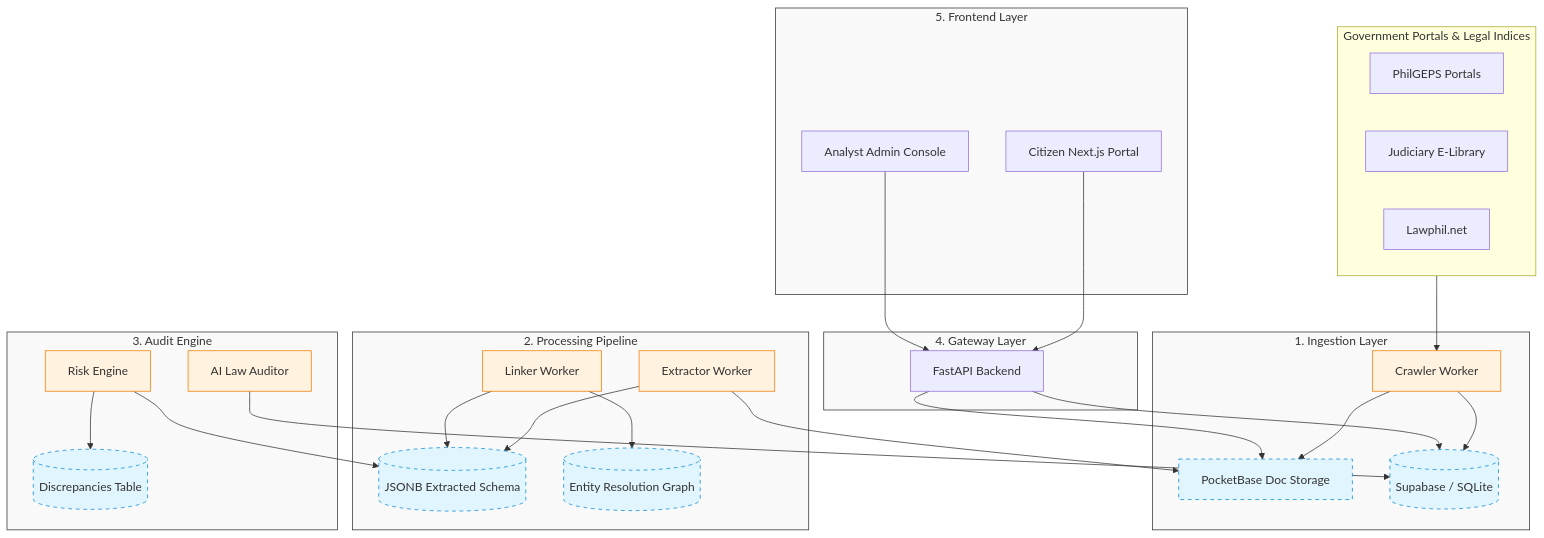
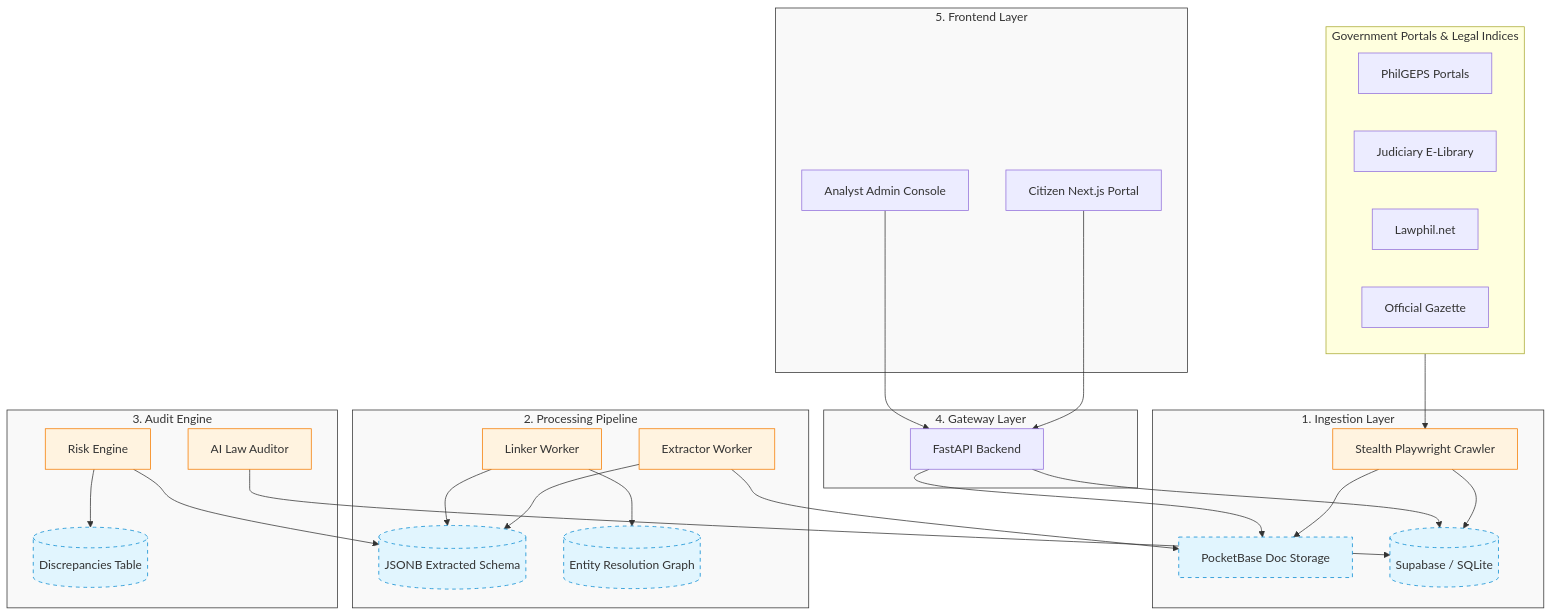
One commit to santimacorp-droid/veritas-ph changed the diagram in README.md. Above: the diagram before and after it, drawn with Mermaid. The commit also changed other lines of this file, not shown here.

````diff
--- a/README.md
+++ b/README.md
@@ -40,43 +43,44 @@
 ```mermaid
 graph TD
     classDef layer fill:#f9f9f9,stroke:#333,stroke-width:1px;
     classDef db fill:#e1f5fe,stroke:#0288d1,stroke-width:1px,stroke-dasharray: 5 5;
     classDef worker fill:#fff3e0,stroke:#f57c00,stroke-width:1px;
 
     subgraph Sources [Government Portals & Legal Indices]
         PhilGEPS[PhilGEPS Portals]
         ELib[Judiciary E-Library]
         Lawphil[Lawphil.net]
+        OfficialGazette[Official Gazette]
     end
 
     subgraph Ingestion [1. Ingestion Layer]
-        Crawler[Crawler Worker]:::worker --> Docs[PocketBase Doc Storage]:::db
+        Crawler[Stealth Playwright Crawler]:::worker --> Docs[PocketBase Doc Storage]:::db
         Crawler --> MetadataDB[(Supabase / SQLite)]:::db
     end
 
     subgraph Processing [2. Processing Pipeline]
         Extractor[Extractor Worker]:::worker --> Docs
         Extractor --> Extractions[(JSONB Extracted Schema)]:::db
         Linker[Linker Worker]:::worker --> Extractions
         Linker --> CrossRefs[(Entity Resolution Graph)]:::db
     end
 
     subgraph Risk [3. Audit Engine]
         RiskEngine[Risk Engine]:::worker --> Extractions
         RiskEngine --> Discrepancies[(Discrepancies Table)]:::db
         LawAnalyzer[AI Law Auditor]:::worker --> MetadataDB
     end
 
     subgraph API [4. Gateway Layer]
         FastAPI[FastAPI Backend] --> MetadataDB
         FastAPI --> Docs
     end
 
     subgraph UI [5. Frontend Layer]
         PublicWeb[Citizen Next.js Portal] --> FastAPI
         AnalystWeb[Analyst Admin Console] --> FastAPI
     end
 
     Sources --> Crawler
     class Ingestion,Processing,Risk,API,UI layer;
 ```
````
